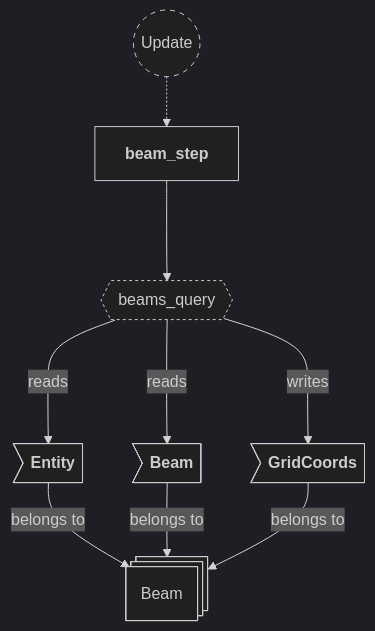
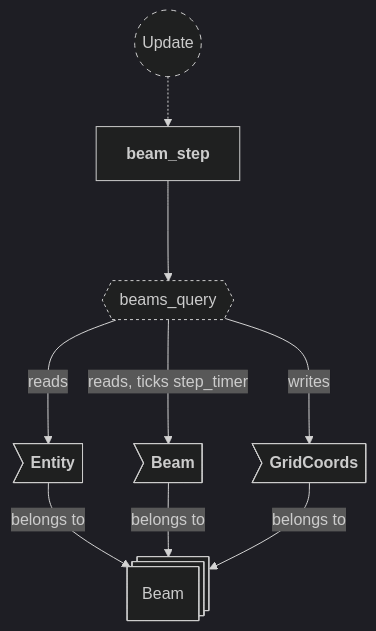
The sixth of 15 diagrams in backlog/docs/doc-7 - 006-Beam-plugin.md (neurosoup/tyled), drawn with Mermaid before and after one commit. The commit also changed other lines of this file, not shown here.

Commit message:
Docs: update doc-7 beam plugin to code and simplify text

````diff
--- a/backlog/docs/doc-7 - 006-Beam-plugin.md
+++ b/backlog/docs/doc-7 - 006-Beam-plugin.md
@@ -243,28 +250,28 @@
 ```mermaid
 ---
 config:
   theme: dark
 ---
 
 flowchart TD
 classDef system-group stroke-dasharray: 5 5
 classDef query stroke-dasharray: 3 3
 
 update(("`Update`")):::system-group
 beam_step["`**beam_step**`"]
 
 update -.-> beam_step
 
 beams_query{{"`beams_query`"}}:::query
 beam_step ---> beams_query
 
 beam_entity@{ shape: st-rect, label: "Beam" }
 
 be_entity>"`**Entity**`"] --> |belongs to| beam_entity
 be_beam>"`**Beam**`"] --> |belongs to| beam_entity
 be_grid_coords>"`**GridCoords**`"] --> |belongs to| beam_entity
 
 beams_query ---> |reads| be_entity
-beams_query ---> |reads| be_beam
+beams_query ---> |"reads, ticks step_timer"| be_beam
 beams_query ---> |writes| be_grid_coords
 ```
````
